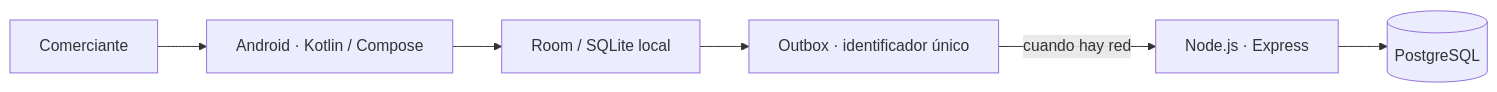
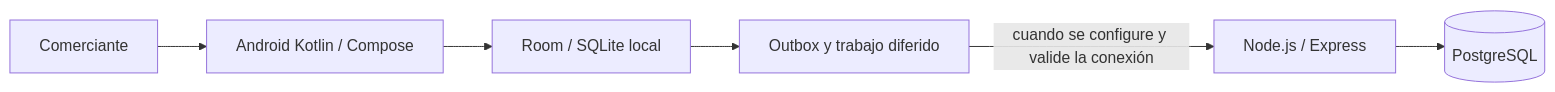
Before and after one commit to bibi567-ch/asistente-ia-mypes-vinto: the diagram in README.md, drawn with Mermaid. The commit also changed other lines of this file, not shown here.

````diff
--- a/README.md
+++ b/README.md
@@ -21,8 +23,8 @@
 ```mermaid
 flowchart LR
-  U[Comerciante] --> A[Android · Kotlin / Compose]
+  U[Comerciante] --> A[Android Kotlin / Compose]
   A --> L[Room / SQLite local]
-  L --> O[Outbox · identificador único]
-  O -->|cuando hay red| API[Node.js · Express]
+  L --> O[Outbox y trabajo diferido]
+  O -->|cuando se configure y valide la conexión| API[Node.js / Express]
   API --> PG[(PostgreSQL)]
 ```
````
